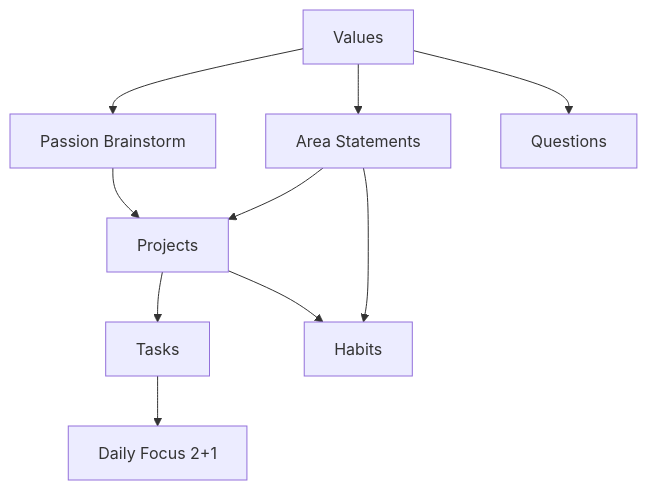
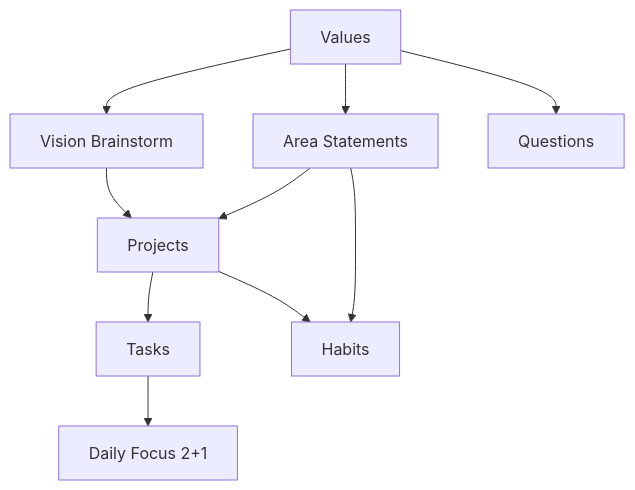
The first of 4 diagrams in docs/workflows.md (Jikodis/my-pfc), drawn with Mermaid before and after one commit. The commit also changed other lines of this file and 247 other files, not shown here.

````diff
--- a/docs/workflows.md
+++ b/docs/workflows.md
@@ -7,12 +7,12 @@
 ```mermaid
 flowchart TD
     V[Values] --> AS[Area Statements]
-    V --> PB[Passion Brainstorm]
+    V --> PB[Vision Brainstorm]
     V --> Q[Questions]
     AS --> P[Projects]
     PB --> P
     P --> T[Tasks]
     AS --> H[Habits]
     P --> H
     T --> DF[Daily Focus 2+1]
 ```
````
